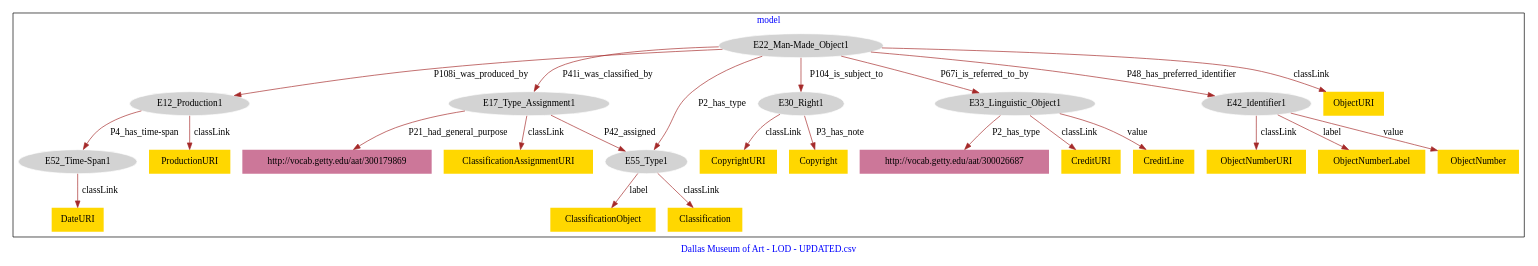
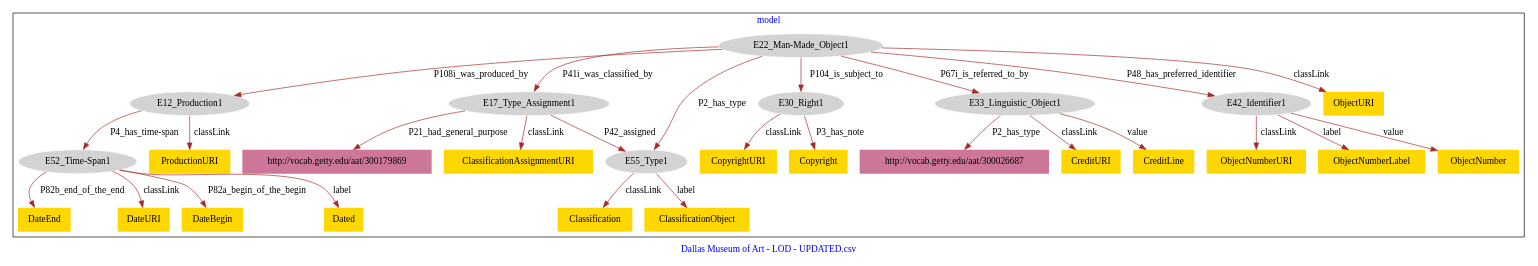
Before and after one commit to american-art/DMA: the diagram in Data/DMA-model.dot, drawn with Graphviz.

Commit message:
Update file DMA-model.dot

```diff
--- a/Data/DMA-model.dot
+++ b/Data/DMA-model.dot
@@ -1,54 +1,60 @@
 digraph n0 {
 fontcolor="blue"
 remincross="true"
 label="Dallas Museum of Art - LOD - UPDATED.csv"
 subgraph cluster {
 label="model"
 n2[style="filled",color="white",fillcolor="lightgray",label="E12_Production1"];
 n3[style="filled",color="white",fillcolor="lightgray",label="E52_Time-Span1"];
 n4[style="filled",color="white",fillcolor="lightgray",label="E17_Type_Assignment1"];
 n5[style="filled",color="white",fillcolor="lightgray",label="E55_Type1"];
 n6[style="filled",color="white",fillcolor="lightgray",label="E22_Man-Made_Object1"];
 n7[style="filled",color="white",fillcolor="lightgray",label="E30_Right1"];
 n8[style="filled",color="white",fillcolor="lightgray",label="E33_Linguistic_Object1"];
 n9[style="filled",color="white",fillcolor="lightgray",label="E42_Identifier1"];
 n10[shape="plaintext",style="filled",fillcolor="gold",label="ObjectNumberLabel"];
-n11[shape="plaintext",style="filled",fillcolor="gold",label="Classification"];
-n12[shape="plaintext",style="filled",fillcolor="gold",label="CreditURI"];
-n13[shape="plaintext",style="filled",fillcolor="gold",label="CopyrightURI"];
-n14[shape="plaintext",style="filled",fillcolor="gold",label="ObjectNumber"];
-n15[shape="plaintext",style="filled",fillcolor="gold",label="Copyright"];
-n16[shape="plaintext",style="filled",fillcolor="gold",label="ObjectURI"];
-n17[shape="plaintext",style="filled",fillcolor="gold",label="CreditLine"];
-n18[shape="plaintext",style="filled",fillcolor="gold",label="ClassificationObject"];
-n19[shape="plaintext",style="filled",fillcolor="gold",label="ProductionURI"];
-n20[shape="plaintext",style="filled",fillcolor="gold",label="ObjectNumberURI"];
-n21[shape="plaintext",style="filled",fillcolor="gold",label="DateURI"];
-n22[shape="plaintext",style="filled",fillcolor="gold",label="ClassificationAssignmentURI"];
-n23[shape="plaintext",style="filled",fillcolor="#CC7799",label="http://vocab.getty.edu/aat/300026687"];
-n24[shape="plaintext",style="filled",fillcolor="#CC7799",label="http://vocab.getty.edu/aat/300179869"];
+n11[shape="plaintext",style="filled",fillcolor="gold",label="DateBegin"];
+n12[shape="plaintext",style="filled",fillcolor="gold",label="Dated"];
+n13[shape="plaintext",style="filled",fillcolor="gold",label="DateEnd"];
+n14[shape="plaintext",style="filled",fillcolor="gold",label="Classification"];
+n15[shape="plaintext",style="filled",fillcolor="gold",label="CreditURI"];
+n16[shape="plaintext",style="filled",fillcolor="gold",label="CopyrightURI"];
+n17[shape="plaintext",style="filled",fillcolor="gold",label="ObjectNumber"];
+n18[shape="plaintext",style="filled",fillcolor="gold",label="Copyright"];
+n19[shape="plaintext",style="filled",fillcolor="gold",label="ObjectURI"];
+n20[shape="plaintext",style="filled",fillcolor="gold",label="CreditLine"];
+n21[shape="plaintext",style="filled",fillcolor="gold",label="ClassificationObject"];
+n22[shape="plaintext",style="filled",fillcolor="gold",label="ProductionURI"];
+n23[shape="plaintext",style="filled",fillcolor="gold",label="ObjectNumberURI"];
+n24[shape="plaintext",style="filled",fillcolor="gold",label="DateURI"];
+n25[shape="plaintext",style="filled",fillcolor="gold",label="ClassificationAssignmentURI"];
+n26[shape="plaintext",style="filled",fillcolor="#CC7799",label="http://vocab.getty.edu/aat/300026687"];
+n27[shape="plaintext",style="filled",fillcolor="#CC7799",label="http://vocab.getty.edu/aat/300179869"];
 }
 n2 -> n3[color="brown",fontcolor="black",label="P4_has_time-span"]
 n4 -> n5[color="brown",fontcolor="black",label="P42_assigned"]
 n6 -> n2[color="brown",fontcolor="black",label="P108i_was_produced_by"]
 n6 -> n4[color="brown",fontcolor="black",label="P41i_was_classified_by"]
 n6 -> n7[color="brown",fontcolor="black",label="P104_is_subject_to"]
 n6 -> n8[color="brown",fontcolor="black",label="P67i_is_referred_to_by"]
 n6 -> n9[color="brown",fontcolor="black",label="P48_has_preferred_identifier"]
 n9 -> n10[color="brown",fontcolor="black",label="label"]
-n5 -> n11[color="brown",fontcolor="black",label="classLink"]
-n8 -> n12[color="brown",fontcolor="black",label="classLink"]
-n7 -> n13[color="brown",fontcolor="black",label="classLink"]
-n9 -> n14[color="brown",fontcolor="black",label="value"]
-n7 -> n15[color="brown",fontcolor="black",label="P3_has_note"]
-n6 -> n16[color="brown",fontcolor="black",label="classLink"]
-n8 -> n17[color="brown",fontcolor="black",label="value"]
-n5 -> n18[color="brown",fontcolor="black",label="label"]
-n2 -> n19[color="brown",fontcolor="black",label="classLink"]
-n9 -> n20[color="brown",fontcolor="black",label="classLink"]
-n3 -> n21[color="brown",fontcolor="black",label="classLink"]
-n4 -> n22[color="brown",fontcolor="black",label="classLink"]
-n8 -> n23[color="brown",fontcolor="black",label="P2_has_type"]
-n4 -> n24[color="brown",fontcolor="black",label="P21_had_general_purpose"]
+n3 -> n11[color="brown",fontcolor="black",label="P82a_begin_of_the_begin"]
+n3 -> n12[color="brown",fontcolor="black",label="label"]
+n3 -> n13[color="brown",fontcolor="black",label="P82b_end_of_the_end"]
+n5 -> n14[color="brown",fontcolor="black",label="classLink"]
+n8 -> n15[color="brown",fontcolor="black",label="classLink"]
+n7 -> n16[color="brown",fontcolor="black",label="classLink"]
+n9 -> n17[color="brown",fontcolor="black",label="value"]
+n7 -> n18[color="brown",fontcolor="black",label="P3_has_note"]
+n6 -> n19[color="brown",fontcolor="black",label="classLink"]
+n8 -> n20[color="brown",fontcolor="black",label="value"]
+n5 -> n21[color="brown",fontcolor="black",label="label"]
+n2 -> n22[color="brown",fontcolor="black",label="classLink"]
+n9 -> n23[color="brown",fontcolor="black",label="classLink"]
+n3 -> n24[color="brown",fontcolor="black",label="classLink"]
+n4 -> n25[color="brown",fontcolor="black",label="classLink"]
+n8 -> n26[color="brown",fontcolor="black",label="P2_has_type"]
+n4 -> n27[color="brown",fontcolor="black",label="P21_had_general_purpose"]
 n6 -> n5[color="brown",fontcolor="black",label="P2_has_type"]
 }
```
